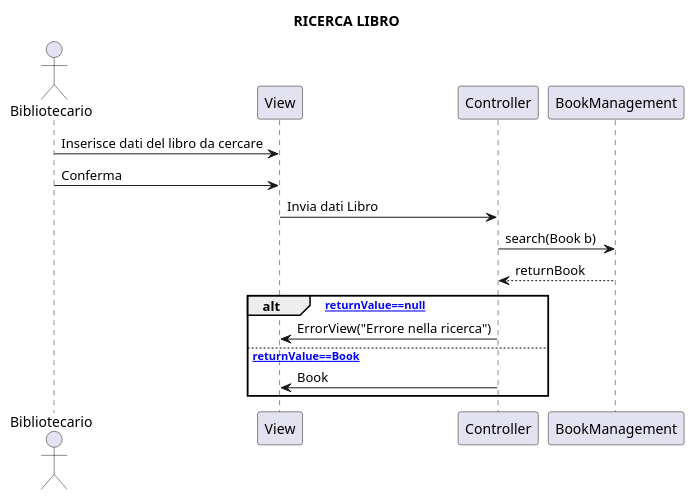
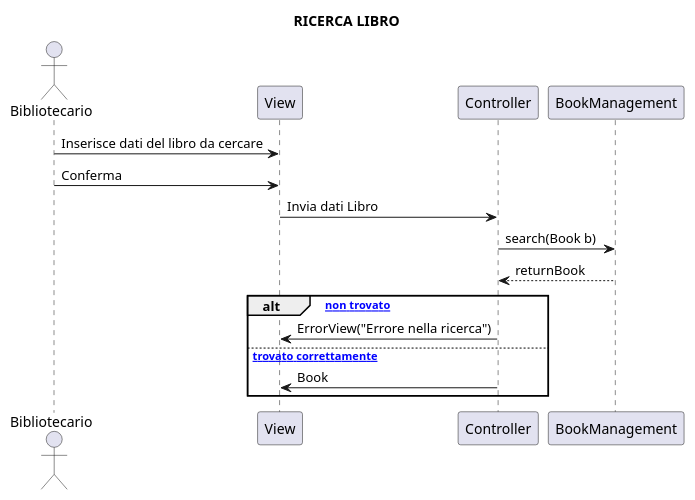
The diagram in gruppo14BibliotecaUniversitaria/uml/RicercaLibro.puml (brunooliva7/Project-Ingegneria-del-Software14), drawn with PlantUML before and after one commit. The commit also changed other lines of this file and 13 other files, not shown here.

```diff
--- a/gruppo14BibliotecaUniversitaria/uml/RicercaLibro.puml
+++ b/gruppo14BibliotecaUniversitaria/uml/RicercaLibro.puml
@@ -1,15 +1,19 @@
 @startuml
 title RICERCA LIBRO
 
-Actor Bibliotecario
+actor Bibliotecario
+participant View
+participant Controller 
+participant BookManagement
+
 Bibliotecario -> View : Inserisce dati del libro da cercare
 Bibliotecario -> View : Conferma
 View -> Controller : Invia dati Libro
 Controller -> BookManagement : search(Book b)
 BookManagement --> Controller : returnBook
-alt [returnValue==null]
+alt [ Libro non trovato]
 Controller -> View : ErrorView("Errore nella ricerca")
-else [returnValue==Book]
+else [ Libro trovato correttamente]
 Controller -> View : Book
 end
 @enduml
```
